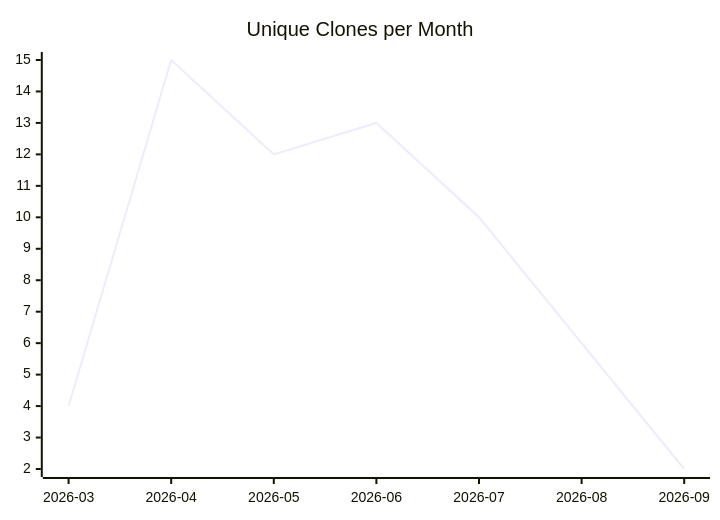
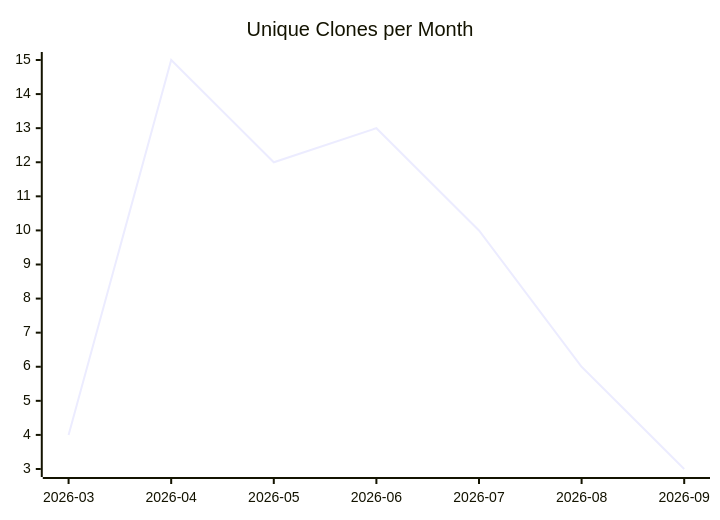
The third of 3 diagrams in karlmdavis/ansible-role-bind-dns/README.md (justdavis-family/github-analytics-data), drawn with Mermaid before and after one commit. The commit also changed other lines of this file and 193 other files, not shown here.

````diff
--- a/karlmdavis/ansible-role-bind-dns/README.md
+++ b/karlmdavis/ansible-role-bind-dns/README.md
@@ -19,6 +19,6 @@
 ```mermaid
 xychart-beta
   title "Unique Clones per Month"
   x-axis ["2026-03", "2026-04", "2026-05", "2026-06", "2026-07", "2026-08", "2026-09"]
-  line [4, 15, 12, 13, 10, 6, 2]
+  line [4, 15, 12, 13, 10, 6, 3]
 ```
````
